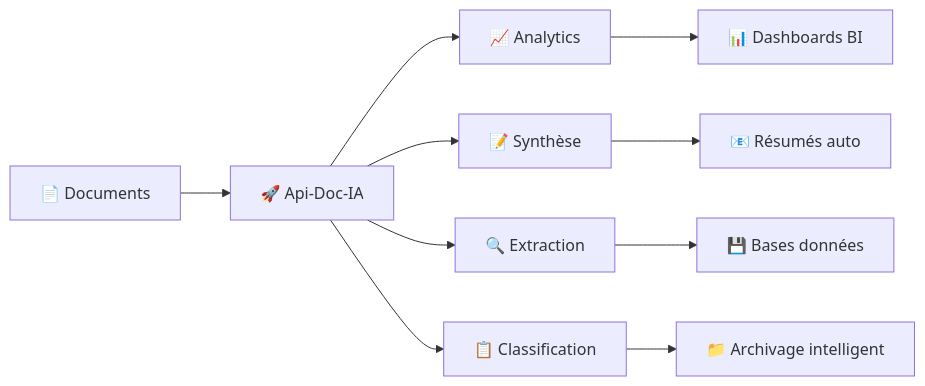
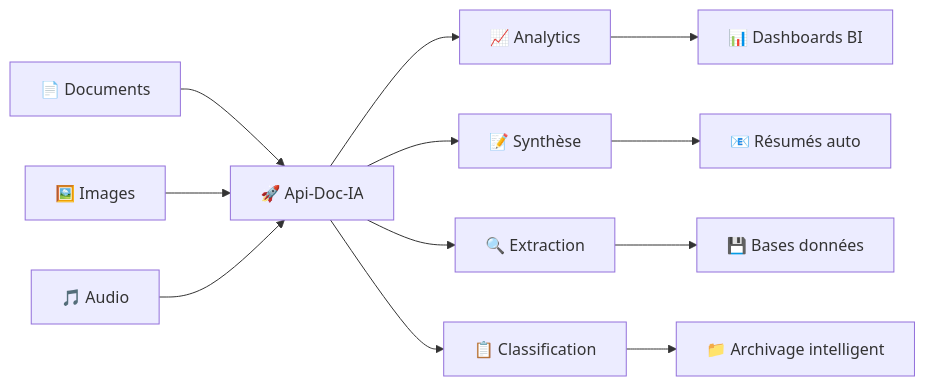
Before and after one commit to Martossien/Api-Doc-IA: the second of 2 diagrams in README.md, drawn with Mermaid. The commit also changed other lines of this file, not shown here.

First line of the commit message:
📝 Add audio support and vision force mode documentation

````diff
--- a/README.md
+++ b/README.md
@@ -278,13 +356,15 @@
 ```mermaid
 graph LR
     A[📄 Documents] --> B[🚀 Api-Doc-IA]
+    A2[🖼️ Images] --> B
+    A3[🎵 Audio] --> B
     B --> C[📈 Analytics]
     B --> D[📝 Synthèse]
     B --> E[🔍 Extraction]
     B --> F[📋 Classification]
     
     C --> G[📊 Dashboards BI]
     D --> H[📧 Résumés auto]
     E --> I[💾 Bases données]
     F --> J[📁 Archivage intelligent]
 ```
````
